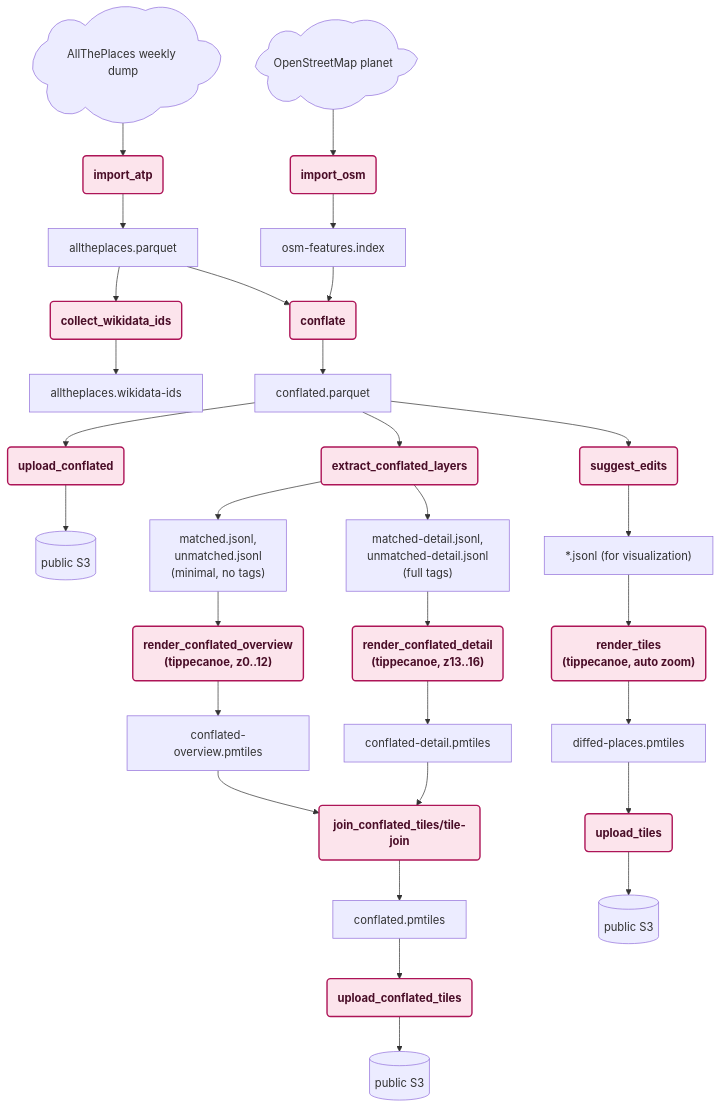
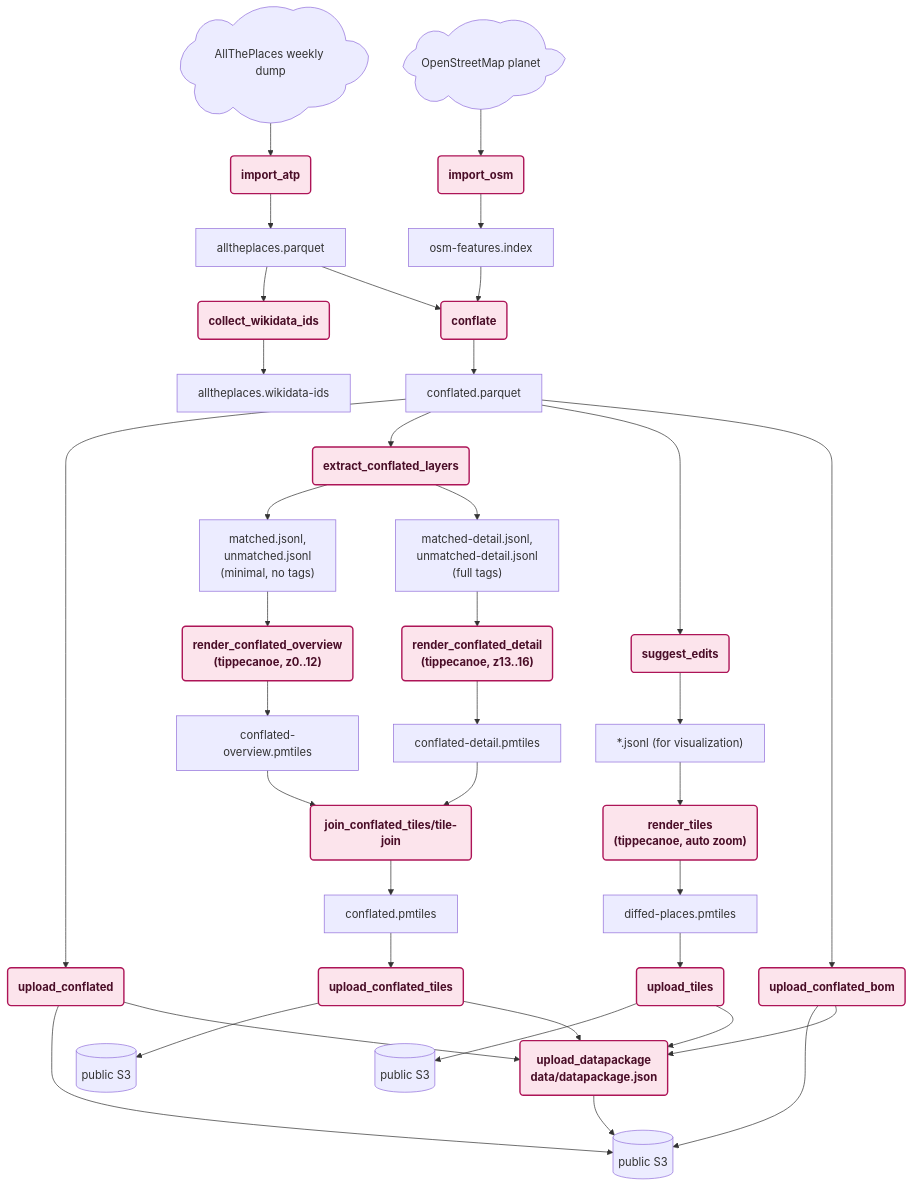
Before and after one commit to alltheplaces/osm-diffs: the diagram in docs/TECHNICAL_DESIGN.md, drawn with Mermaid. The commit also changed other lines of this file and 12 other files, not shown here.

First line of the commit message:
feat(publish): dated /data/ uploads + Frictionless datapackage.json (#794)

````diff
--- a/docs/TECHNICAL_DESIGN.md
+++ b/docs/TECHNICAL_DESIGN.md
@@ -177,32 +177,38 @@
 ```mermaid
 graph TD
     ATP_SRC@{ shape: cloud, label: "AllThePlaces weekly dump" }
     OSM_SRC@{ shape: cloud, label: "OpenStreetMap planet" }
 
     ATP_SRC --> IMPORT_ATP(import_atp) --> ATP_PARQUET[alltheplaces.parquet]
     ATP_PARQUET --> COLLECT_WIKI(collect_wikidata_ids) --> WIKIDATA[alltheplaces.wikidata-ids]
 
     OSM_SRC --> IMPORT_OSM(import_osm) --> OSM_INDEX[osm-features.index]
 
     ATP_PARQUET --> CONFLATE(conflate)
     OSM_INDEX --> CONFLATE
     CONFLATE --> CONFLATED[conflated.parquet]
     CONFLATED --> UPLOAD_CONFLATED(upload_conflated) --> S3A[("public S3")]
 
     CONFLATED --> EXTRACT_CONFLATED_LAYERS(extract_conflated_layers)
     EXTRACT_CONFLATED_LAYERS --> OVERVIEW_LAYERS["matched.jsonl,<br/>unmatched.jsonl<br/>(minimal, no tags)"]
     EXTRACT_CONFLATED_LAYERS --> DETAIL_LAYERS["matched-detail.jsonl,<br/>unmatched-detail.jsonl<br/>(full tags)"]
     OVERVIEW_LAYERS --> RENDER_CONFLATED_OVERVIEW("render_conflated_overview<br/>(tippecanoe, z0..12)") --> OVERVIEW_PMTILES[conflated-overview.pmtiles]
     DETAIL_LAYERS --> RENDER_CONFLATED_DETAIL("render_conflated_detail<br/>(tippecanoe, z13..16)") --> DETAIL_PMTILES[conflated-detail.pmtiles]
     OVERVIEW_PMTILES --> JOIN_CONFLATED_TILES(join_conflated_tiles/tile-join)
     DETAIL_PMTILES --> JOIN_CONFLATED_TILES
     JOIN_CONFLATED_TILES --> CONFLATED_PMTILES[conflated.pmtiles]
     CONFLATED_PMTILES --> UPLOAD_CONFLATED_TILES(upload_conflated_tiles) --> S3C[("public S3")]
 
     CONFLATED --> SUGGEST_EDITS(suggest_edits) --> LAYERS["*.jsonl (for visualization)"]
     LAYERS --> RENDER_TILES("render_tiles<br/>(tippecanoe, auto zoom)") --> PMTILES[diffed-places.pmtiles]
     PMTILES --> UPLOAD_TILES(upload_tiles) --> S3B[("public S3")]
 
+    CONFLATED --> UPLOAD_BOM(upload_conflated_bom) --> S3A
+    UPLOAD_CONFLATED --> UPLOAD_DATAPACKAGE
+    UPLOAD_CONFLATED_TILES --> UPLOAD_DATAPACKAGE
+    UPLOAD_TILES --> UPLOAD_DATAPACKAGE
+    UPLOAD_BOM --> UPLOAD_DATAPACKAGE(upload_datapackage<br/>data/datapackage.json) --> S3A
+
     classDef process fill:#fce4ec,stroke:#ad1457,stroke-width:2px,color:#4a0e28,font-weight:bold;
-    class IMPORT_ATP,COLLECT_WIKI,IMPORT_OSM,CONFLATE,UPLOAD_CONFLATED,EXTRACT_CONFLATED_LAYERS,RENDER_CONFLATED_OVERVIEW,RENDER_CONFLATED_DETAIL,JOIN_CONFLATED_TILES,UPLOAD_CONFLATED_TILES,SUGGEST_EDITS,RENDER_TILES,UPLOAD_TILES process;
+    class IMPORT_ATP,COLLECT_WIKI,IMPORT_OSM,CONFLATE,UPLOAD_CONFLATED,EXTRACT_CONFLATED_LAYERS,RENDER_CONFLATED_OVERVIEW,RENDER_CONFLATED_DETAIL,JOIN_CONFLATED_TILES,UPLOAD_CONFLATED_TILES,SUGGEST_EDITS,RENDER_TILES,UPLOAD_TILES,UPLOAD_BOM,UPLOAD_DATAPACKAGE process;
 ```
````
